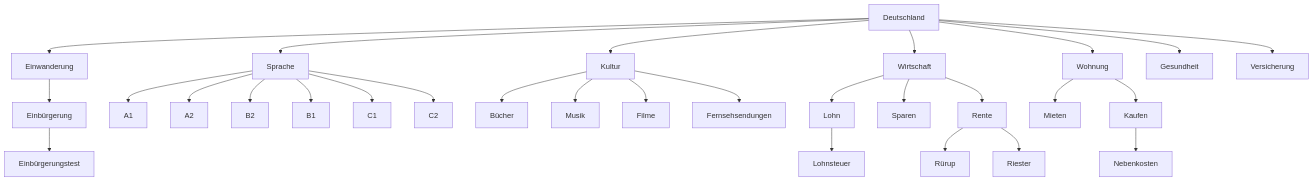
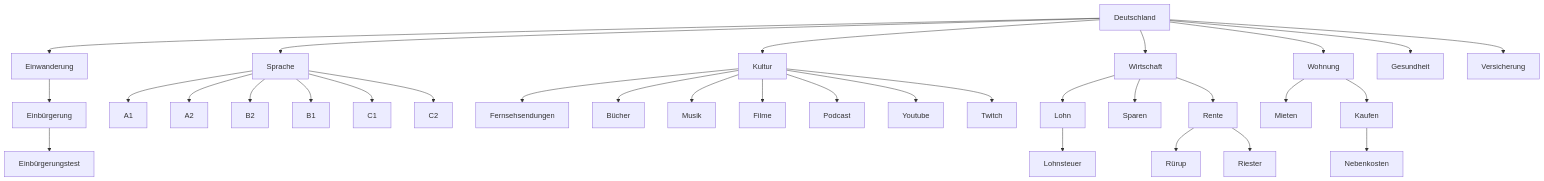
Before and after one commit to marceloboeira/deutschland: the diagram in resources/graph.mmd, drawn with Mermaid. The commit also changed 2 other files, not shown here.

```diff
--- a/resources/graph.mmd
+++ b/resources/graph.mmd
@@ -1,36 +1,39 @@
 graph TD
   De[Deutschland]
   De --> Ewd[Einwanderung]
     Ewd --> Ebg[Einbürgerung]
       Ebg --> Ebgt[Einbürgerungstest]
 
   De --> Sp[Sprache]
     Sp --> A1
     Sp --> A2
     Sp --> B2
     Sp --> B1
     Sp --> C1
     Sp --> C2
 
   De --> Kt[Kultur]
+    Kt --> KtFeh[Fernsehsendungen]
     Kt --> KtBcr[Bücher]
     Kt --> KtMus[Musik]
     Kt --> KtFil[Filme]
-    Kt --> KtFeh[Fernsehsendungen]
+    Kt --> KtPod[Podcast]
+    Kt --> KtYoutube[Youtube]
+    Kt --> KtTwitch[Twitch]
 
   De --> Wrs[Wirtschaft]
     Wrs --> Wrsl[Lohn]
 			Wrsl --> Wrsls[Lohnsteuer]
 		Wrs --> WrsSp[Sparen]
 		Wrs --> WrsRn[Rente]
 			WrsRn --> WrsRnRu[Rürup]
 			WrsRn --> WrsRnRi[Riester]
 
   De --> Whng[Wohnung]
     Whng --> WhngMt[Mieten]
     Whng --> WhngKf[Kaufen]
       WhngKf --> WhngNk[Nebenkosten]
-  
+
   De --> Gsht[Gesundheit]
 
   De --> Vrs[Versicherung]
```
